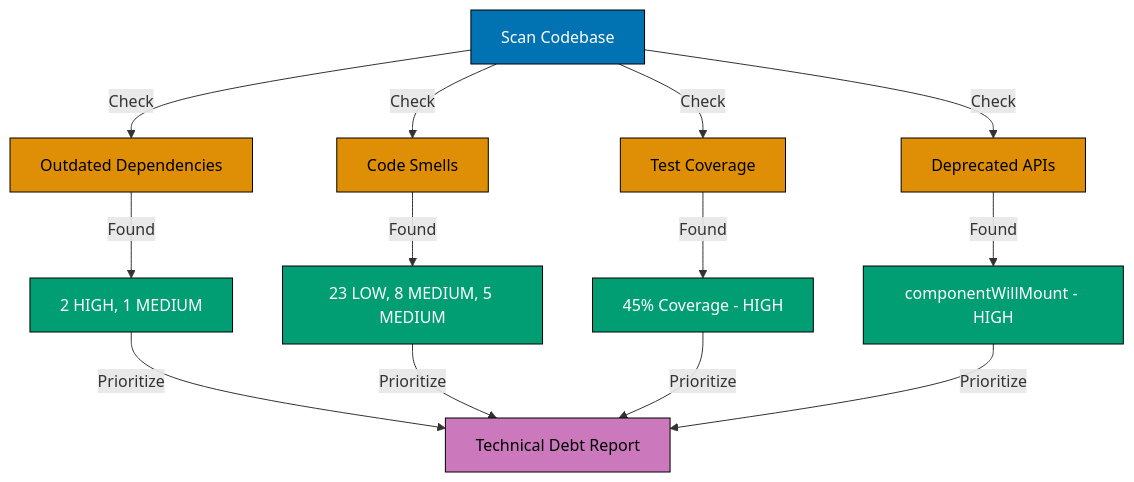
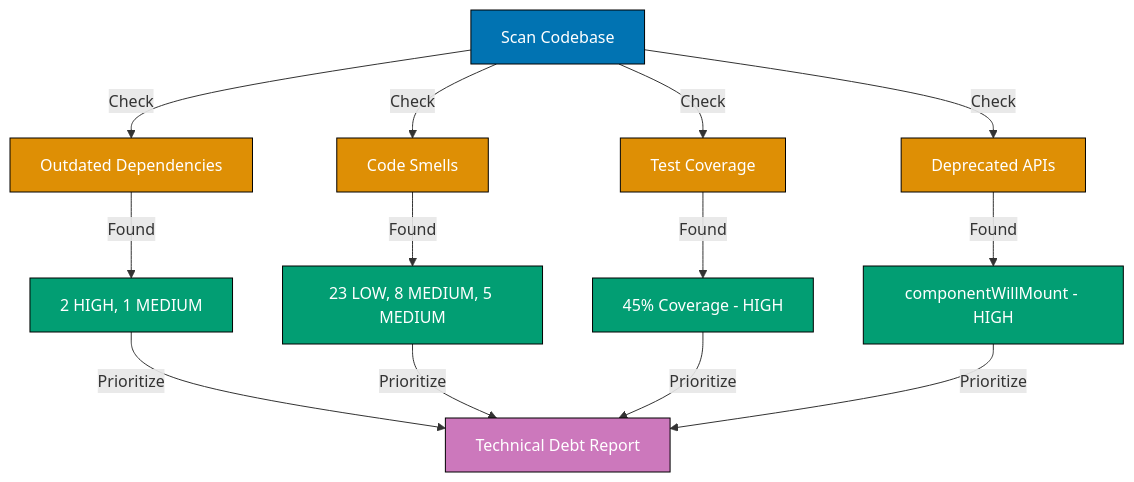
One commit to wahidyankf/open-sharia-enterprise changed the third of 10 diagrams in apps/ayokoding-web/content/en/learn/software-engineering/automation-tools/claude-code/by-example/advanced.md. Above: the diagram before and after it, drawn with Mermaid. The commit also changed other lines of this file and 61 other files, not shown here.

First line of the commit message:
fix(ayokoding-web): quote Mermaid node labels with special characters in Example 63

````diff
--- a/apps/ayokoding-web/content/en/learn/software-engineering/automation-tools/claude-code/by-example/advanced.md
+++ b/apps/ayokoding-web/content/en/learn/software-engineering/automation-tools/claude-code/by-example/advanced.md
@@ -196,26 +196,26 @@
 ```mermaid
 graph TD
     A[Scan Codebase] -->|Check| B[Outdated Dependencies]
     A -->|Check| C[Code Smells]
     A -->|Check| D[Test Coverage]
     A -->|Check| E[Deprecated APIs]
     B -->|Found| F[2 HIGH, 1 MEDIUM]
     C -->|Found| G[23 LOW, 8 MEDIUM, 5 MEDIUM]
     D -->|Found| H[45% Coverage - HIGH]
     E -->|Found| I[componentWillMount - HIGH]
     F -->|Prioritize| J[Technical Debt Report]
     G -->|Prioritize| J
     H -->|Prioritize| J
     I -->|Prioritize| J
 
     style A fill:#0173B2,stroke:#000,color:#fff
-    style B fill:#DE8F05,stroke:#000,color:#000
-    style C fill:#DE8F05,stroke:#000,color:#000
-    style D fill:#DE8F05,stroke:#000,color:#000
-    style E fill:#DE8F05,stroke:#000,color:#000
+    style B fill:#DE8F05,stroke:#000,color:#fff
+    style C fill:#DE8F05,stroke:#000,color:#fff
+    style D fill:#DE8F05,stroke:#000,color:#fff
+    style E fill:#DE8F05,stroke:#000,color:#fff
     style F fill:#029E73,stroke:#000,color:#fff
     style G fill:#029E73,stroke:#000,color:#fff
     style H fill:#029E73,stroke:#000,color:#fff
     style I fill:#029E73,stroke:#000,color:#fff
-    style J fill:#CC78BC,stroke:#000,color:#000
+    style J fill:#CC78BC,stroke:#000,color:#fff
 ```
````
